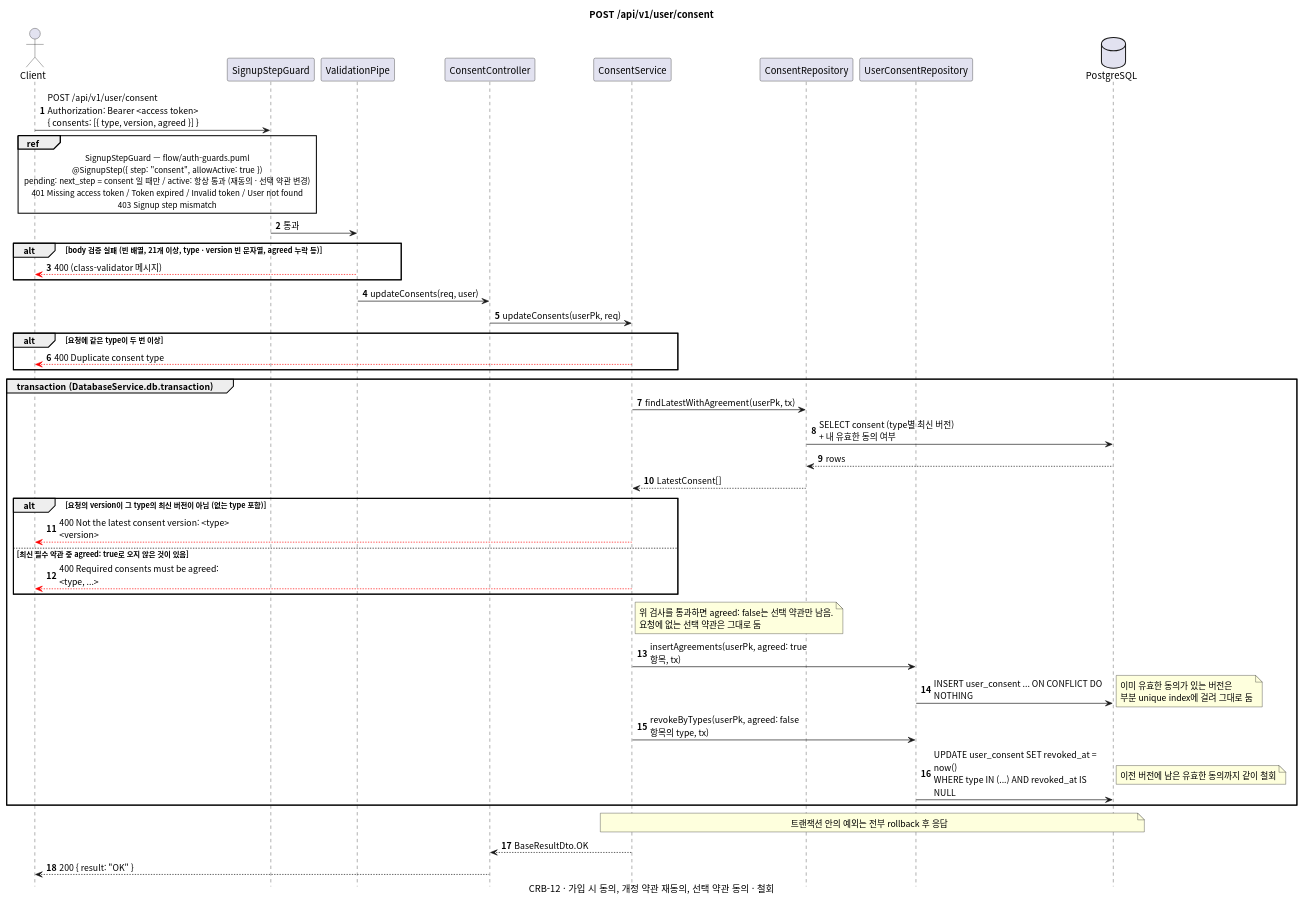
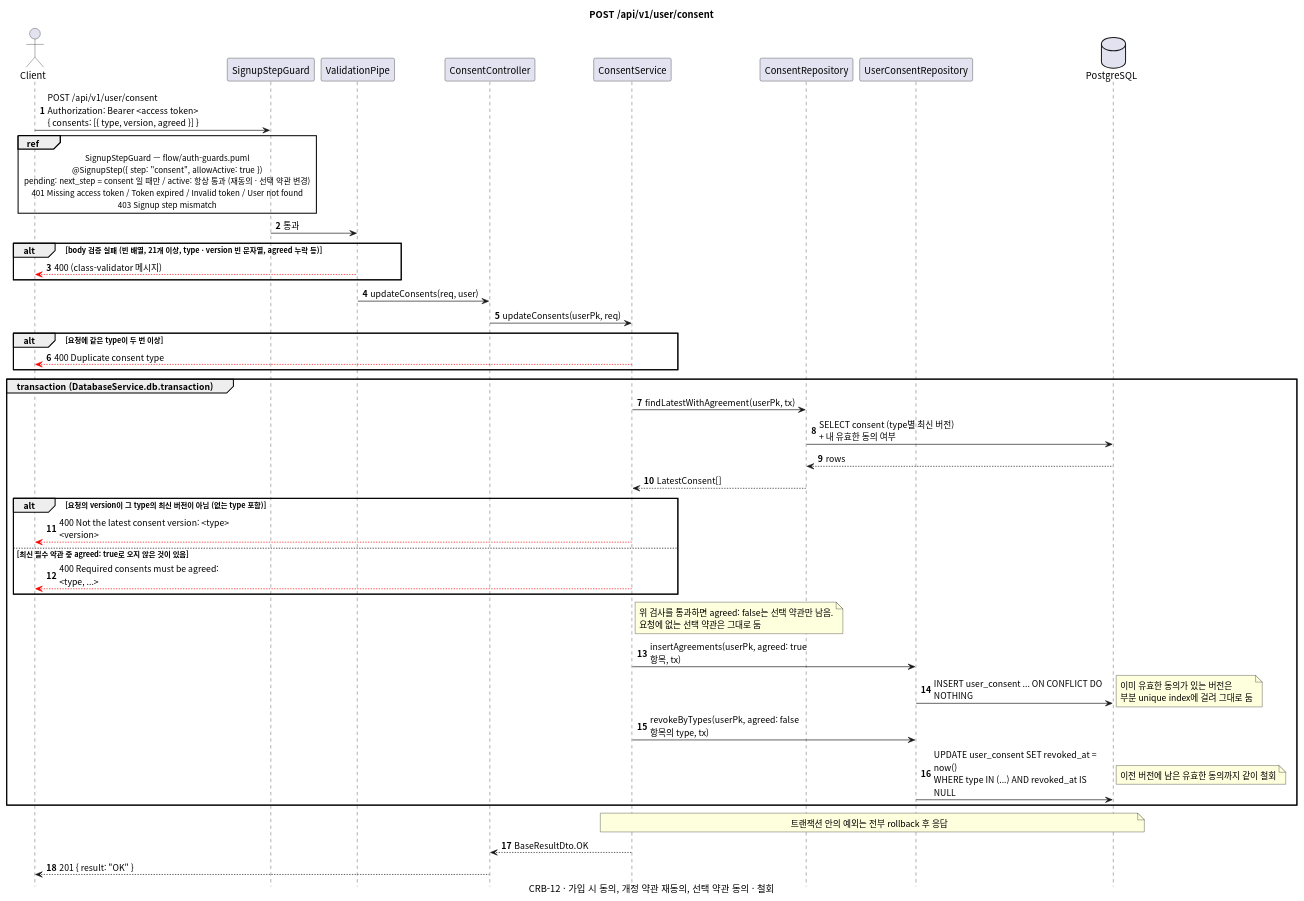
The diagram in docs/sequence/consent/post-consent.puml (gsainfoteam/cheers-be), drawn with PlantUML before and after one commit. The commit also changed 6 other files, not shown here.

Commit message:
- docs: add user API sequence diagrams

```diff
--- a/docs/sequence/consent/post-consent.puml
+++ b/docs/sequence/consent/post-consent.puml
@@ -1,70 +1,70 @@
 @startuml post-consent
 skinparam defaultFontName "Apple SD Gothic Neo", "Noto Sans CJK KR", sans-serif
 skinparam responseMessageBelowArrow true
 skinparam sequenceMessageAlign left
 skinparam maxMessageSize 260
 skinparam BoxPadding 8
 skinparam shadowing false
 autonumber
 hide footbox
 
 title POST /api/v1/user/consent
 caption CRB-12 · 가입 시 동의, 개정 약관 재동의, 선택 약관 동의 · 철회
 
 actor Client
 participant "SignupStepGuard" as Guard
 participant "ValidationPipe" as Pipe
 participant "ConsentController" as Controller
 participant "ConsentService" as Service
 participant "ConsentRepository" as ConsentRepository
 participant "UserConsentRepository" as UserConsentRepository
 database PostgreSQL
 
 Client -> Guard: POST /api/v1/user/consent\nAuthorization: Bearer <access token>\n{ consents: [{ type, version, agreed }] }
 ref over Client, Guard
   SignupStepGuard — flow/auth-guards.puml
   @SignupStep({ step: "consent", allowActive: true })
   pending: next_step = consent 일 때만 / active: 항상 통과 (재동의 · 선택 약관 변경)
   401 Missing access token / Token expired / Invalid token / User not found
   403 Signup step mismatch
 end ref
 Guard -> Pipe: 통과
 alt body 검증 실패 (빈 배열, 21개 이상, type · version 빈 문자열, agreed 누락 등)
   Pipe -[#red]-> Client: 400 (class-validator 메시지)
 end
 Pipe -> Controller: updateConsents(req, user)
 Controller -> Service: updateConsents(userPk, req)
 
 alt 요청에 같은 type이 두 번 이상
   Service -[#red]-> Client: 400 Duplicate consent type
 end
 
 group transaction (DatabaseService.db.transaction)
   Service -> ConsentRepository: findLatestWithAgreement(userPk, tx)
   ConsentRepository -> PostgreSQL: SELECT consent (type별 최신 버전)\n+ 내 유효한 동의 여부
   PostgreSQL --> ConsentRepository: rows
   ConsentRepository --> Service: LatestConsent[]
 
   alt 요청의 version이 그 type의 최신 버전이 아님 (없는 type 포함)
     Service -[#red]-> Client: 400 Not the latest consent version: <type> <version>
   else 최신 필수 약관 중 agreed: true로 오지 않은 것이 있음
     Service -[#red]-> Client: 400 Required consents must be agreed: <type, ...>
   end
   note right of Service
     위 검사를 통과하면 agreed: false는 선택 약관만 남음.
     요청에 없는 선택 약관은 그대로 둠
   end note
 
   Service -> UserConsentRepository: insertAgreements(userPk, agreed: true 항목, tx)
   UserConsentRepository -> PostgreSQL: INSERT user_consent ... ON CONFLICT DO NOTHING
   note right: 이미 유효한 동의가 있는 버전은\n부분 unique index에 걸려 그대로 둠
   Service -> UserConsentRepository: revokeByTypes(userPk, agreed: false 항목의 type, tx)
   UserConsentRepository -> PostgreSQL: UPDATE user_consent SET revoked_at = now()\nWHERE type IN (...) AND revoked_at IS NULL
   note right: 이전 버전에 남은 유효한 동의까지 같이 철회
 end
 note over Service, PostgreSQL: 트랜잭션 안의 예외는 전부 rollback 후 응답
 
 Service --> Controller: BaseResultDto.OK
-Controller --> Client: 200 { result: "OK" }
+Controller --> Client: 201 { result: "OK" }
 
 @enduml
```
